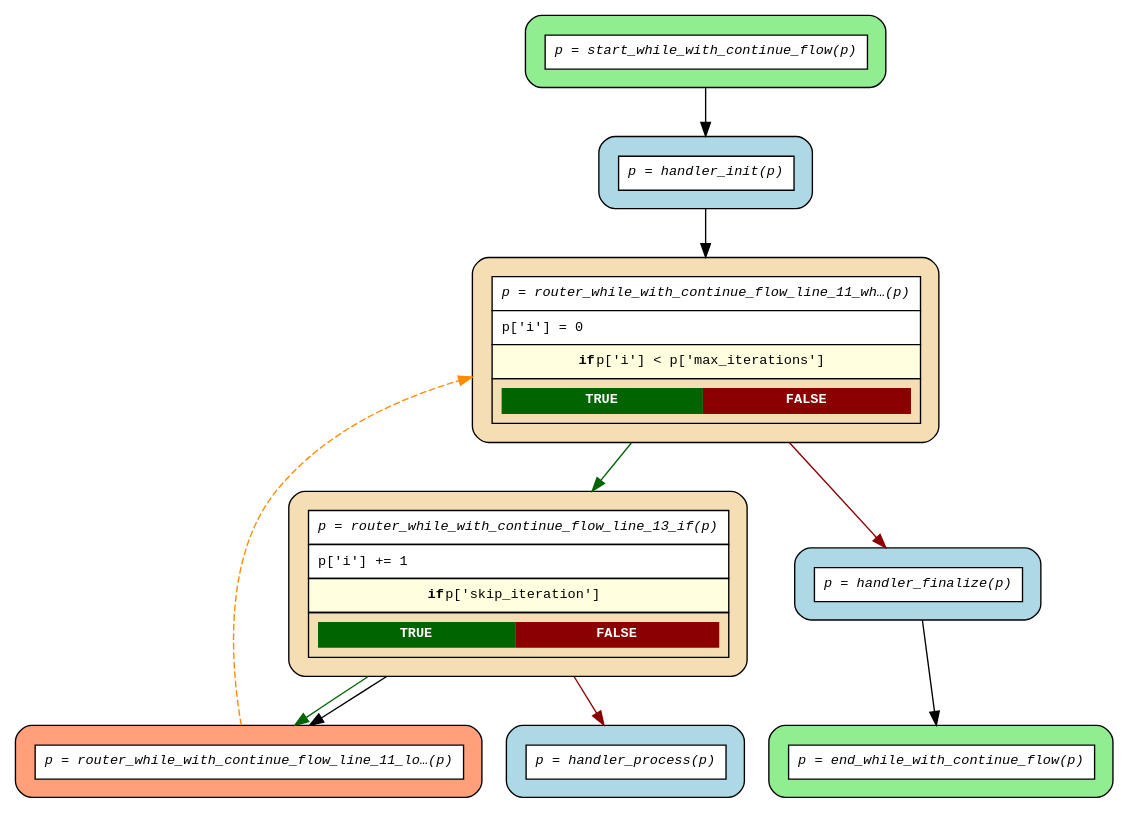
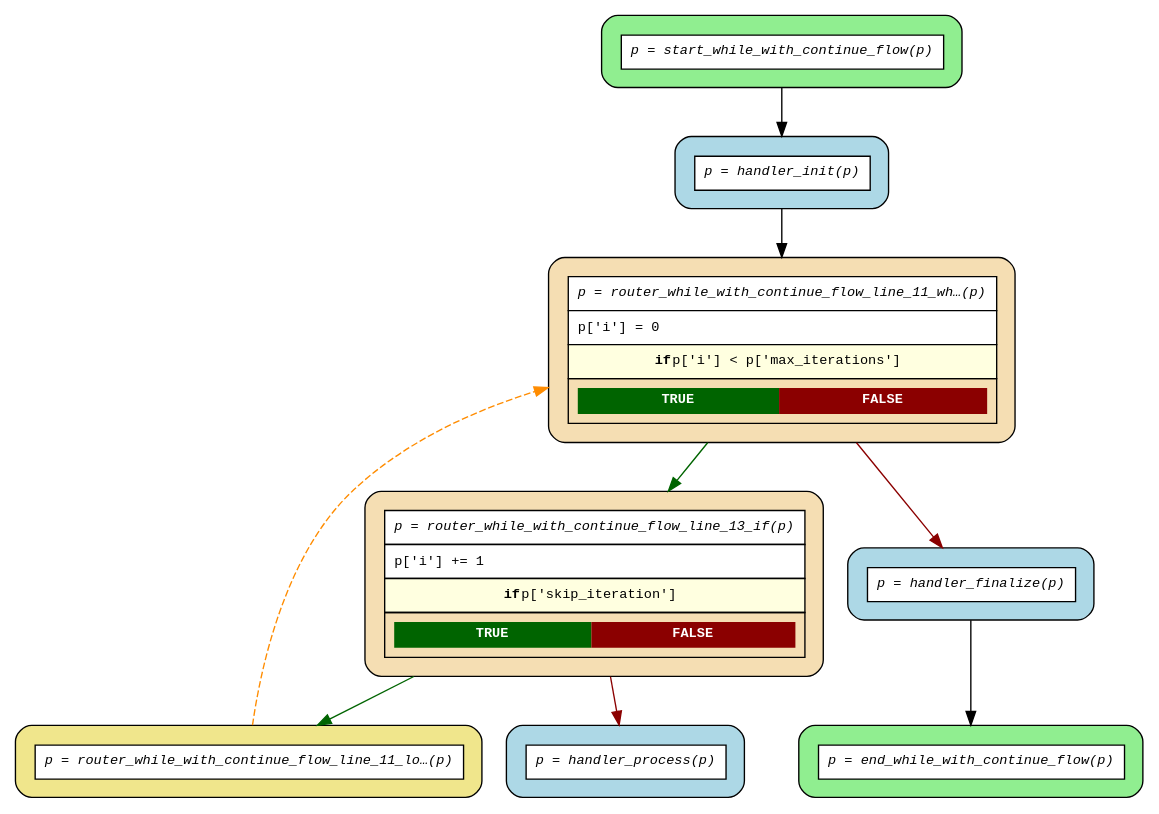
The diagram in examples/flows/compiled/while_with_continue/flow.dot (deliveryhero/asya), drawn with Graphviz before and after one commit. The commit also changed 26 other files, not shown here.

First line of the commit message:
fix(flow): fix DOT graph spurious edges and loop-back router color

```diff
--- a/examples/flows/compiled/while_with_continue/flow.dot
+++ b/examples/flows/compiled/while_with_continue/flow.dot
@@ -1,25 +1,24 @@
 digraph flow {
   rankdir=TB;
   graph [fontname="Courier", fontsize=10];
   node [fontname="Courier", fontsize=10, shape=box, style="filled,rounded", margin="0.2"];
   edge [fontname="Courier", fontsize=10];
 
   start_while_with_continue_flow [fillcolor="lightgreen", label=<<table border="0" cellspacing="0" cellpadding="6" cellborder="1"><tr><td bgcolor="white" align="center"><i>p = start_while_with_continue_flow(p)</i></td></tr></table>>];
   router_while_with_continue_flow_line_13_if [fillcolor="wheat", label=<<table border="0" cellspacing="0" cellpadding="6" cellborder="1"><tr><td bgcolor="white" align="center"><i>p = router_while_with_continue_flow_line_13_if(p)</i></td></tr><tr><td bgcolor="white" align="left">p['i'] += 1</td></tr><tr><td bgcolor="lightyellow"><b>if</b> p['skip_iteration']</td></tr><tr><td><table border="0" cellspacing="0" cellpadding="4"><tr><td bgcolor="darkgreen"><font color="white"><b>TRUE</b></font></td><td bgcolor="darkred"><font color="white"><b>FALSE</b></font></td></tr></table></td></tr></table>>];
-  router_while_with_continue_flow_line_11_loop_back_0 [fillcolor="lightsalmon", label=<<table border="0" cellspacing="0" cellpadding="6" cellborder="1"><tr><td bgcolor="white" align="center"><i>p = router_while_with_continue_flow_line_11_lo…(p)</i></td></tr></table>>];
+  router_while_with_continue_flow_line_11_loop_back_0 [fillcolor="khaki", label=<<table border="0" cellspacing="0" cellpadding="6" cellborder="1"><tr><td bgcolor="white" align="center"><i>p = router_while_with_continue_flow_line_11_lo…(p)</i></td></tr></table>>];
   router_while_with_continue_flow_line_11_while_0 [fillcolor="wheat", label=<<table border="0" cellspacing="0" cellpadding="6" cellborder="1"><tr><td bgcolor="white" align="center"><i>p = router_while_with_continue_flow_line_11_wh…(p)</i></td></tr><tr><td bgcolor="white" align="left">p['i'] = 0</td></tr><tr><td bgcolor="lightyellow"><b>if</b> p['i'] &lt; p['max_iterations']</td></tr><tr><td><table border="0" cellspacing="0" cellpadding="4"><tr><td bgcolor="darkgreen"><font color="white"><b>TRUE</b></font></td><td bgcolor="darkred"><font color="white"><b>FALSE</b></font></td></tr></table></td></tr></table>>];
   end_while_with_continue_flow [fillcolor="lightgreen", label=<<table border="0" cellspacing="0" cellpadding="6" cellborder="1"><tr><td bgcolor="white" align="center"><i>p = end_while_with_continue_flow(p)</i></td></tr></table>>];
   handler_finalize [fillcolor="lightblue", label=<<table border="0" cellspacing="0" cellpadding="6" cellborder="1"><tr><td bgcolor="white" align="center"><i>p = handler_finalize(p)</i></td></tr></table>>];
   handler_init [fillcolor="lightblue", label=<<table border="0" cellspacing="0" cellpadding="6" cellborder="1"><tr><td bgcolor="white" align="center"><i>p = handler_init(p)</i></td></tr></table>>];
   handler_process [fillcolor="lightblue", label=<<table border="0" cellspacing="0" cellpadding="6" cellborder="1"><tr><td bgcolor="white" align="center"><i>p = handler_process(p)</i></td></tr></table>>];
 
   handler_finalize -> end_while_with_continue_flow;
   handler_init -> router_while_with_continue_flow_line_11_while_0;
   router_while_with_continue_flow_line_11_loop_back_0 -> router_while_with_continue_flow_line_11_while_0 [style=dashed, color=darkorange, constraint=false];
   router_while_with_continue_flow_line_11_while_0 -> handler_finalize [color=darkred];
   router_while_with_continue_flow_line_11_while_0 -> router_while_with_continue_flow_line_13_if [color=darkgreen];
   router_while_with_continue_flow_line_13_if -> handler_process [color=darkred];
   router_while_with_continue_flow_line_13_if -> router_while_with_continue_flow_line_11_loop_back_0 [color=darkgreen];
-  router_while_with_continue_flow_line_13_if -> router_while_with_continue_flow_line_11_loop_back_0;
   start_while_with_continue_flow -> handler_init;
 }
```
